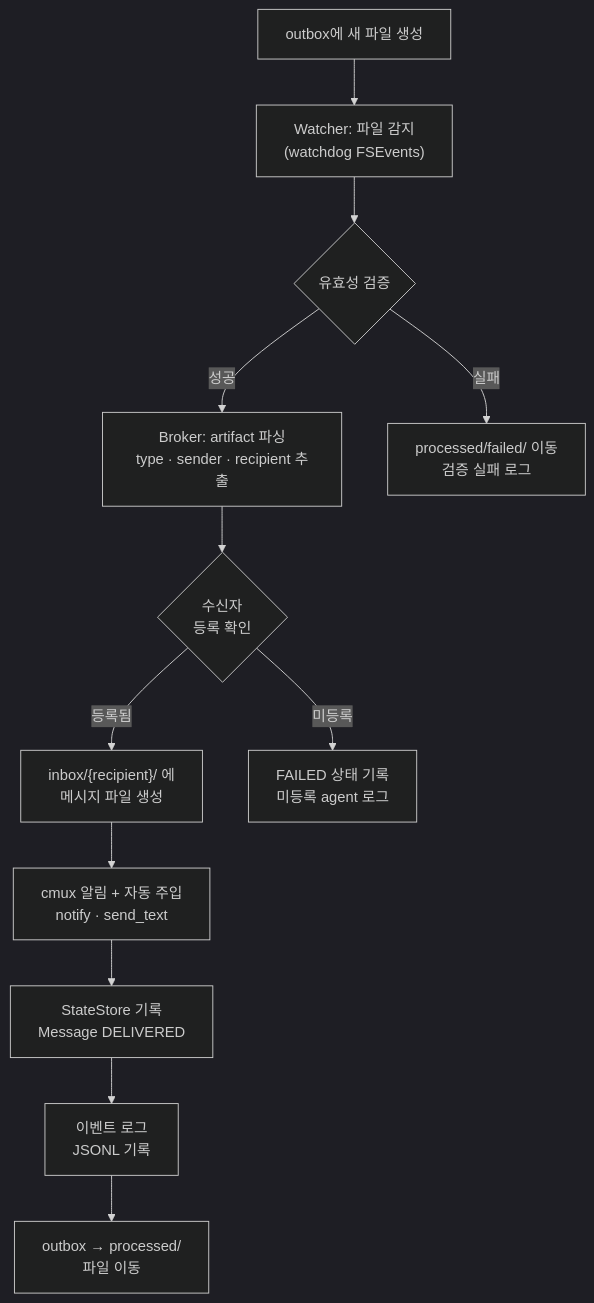
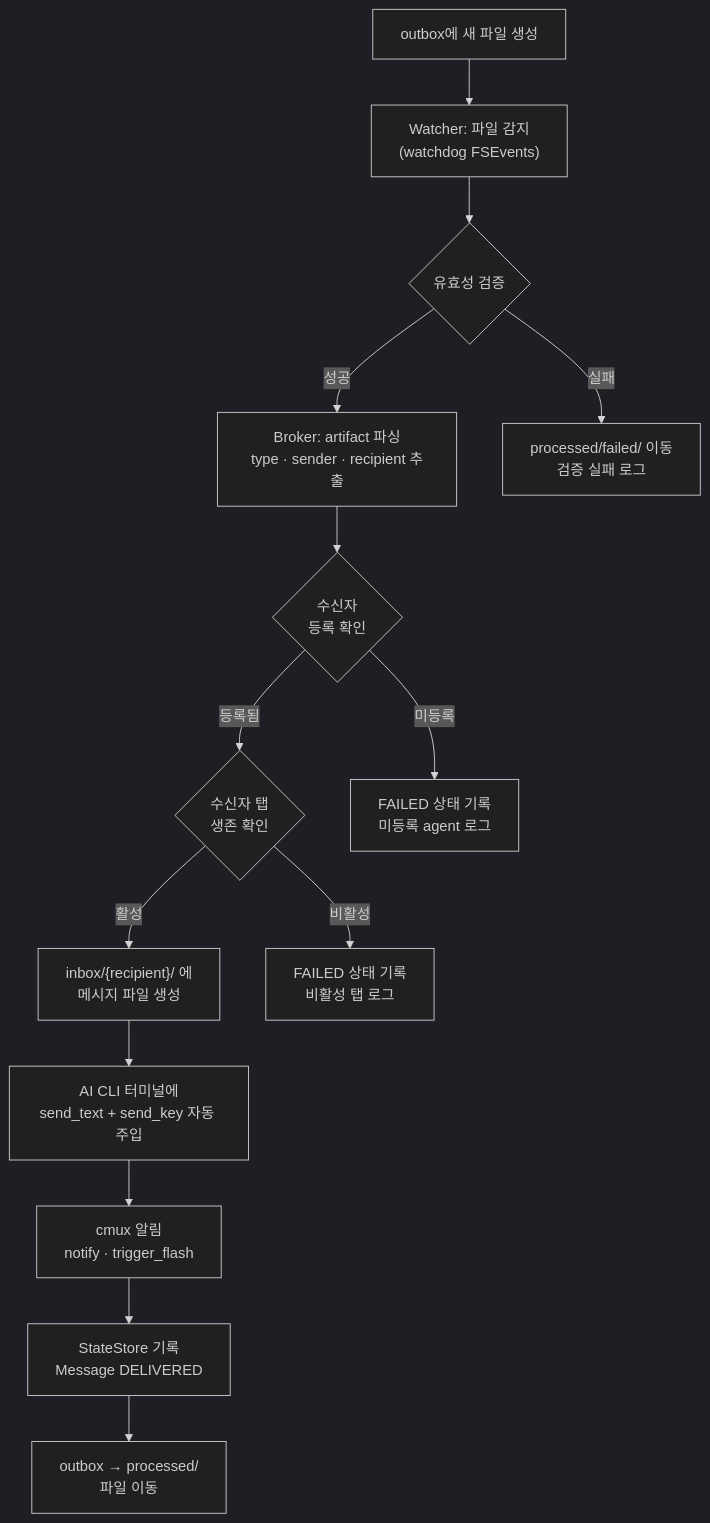
Before and after one commit to ttalkkag/cmux-agent: the eighth of 11 diagrams in docs/00-overview.md, drawn with Mermaid (dark theme). The commit also changed other lines of this file and 6 other files, not shown here.

````diff
--- a/docs/00-overview.md
+++ b/docs/00-overview.md
@@ -223,21 +223,25 @@
 ```mermaid
 flowchart TD
     START["outbox에 새 파일 생성"]
     DETECT["Watcher: 파일 감지<br/>(watchdog FSEvents)"]
     VALIDATE{"유효성 검증"}
     PARSE["Broker: artifact 파싱<br/>type · sender · recipient 추출"]
     ROUTE{"수신자<br/>등록 확인"}
+    ALIVE{"수신자 탭<br/>생존 확인"}
     DELIVER["inbox/{recipient}/ 에<br/>메시지 파일 생성"]
-    NOTIFY["cmux 알림 + 자동 주입<br/>notify · send_text"]
+    INJECT["AI CLI 터미널에<br/>send_text + send_key 자동 주입"]
+    NOTIFY["cmux 알림<br/>notify · trigger_flash"]
     RECORD["StateStore 기록<br/>Message DELIVERED"]
-    EVENT["이벤트 로그<br/>JSONL 기록"]
     MOVE["outbox → processed/<br/>파일 이동"]
     FAIL_V["processed/failed/ 이동<br/>검증 실패 로그"]
     FAIL_R["FAILED 상태 기록<br/>미등록 agent 로그"]
+    FAIL_D["FAILED 상태 기록<br/>비활성 탭 로그"]
 
     START --> DETECT --> VALIDATE
     VALIDATE -->|성공| PARSE --> ROUTE
     VALIDATE -->|실패| FAIL_V
-    ROUTE -->|등록됨| DELIVER --> NOTIFY --> RECORD --> EVENT --> MOVE
+    ROUTE -->|등록됨| ALIVE
     ROUTE -->|미등록| FAIL_R
+    ALIVE -->|활성| DELIVER --> INJECT --> NOTIFY --> RECORD --> MOVE
+    ALIVE -->|비활성| FAIL_D
 ```
````
